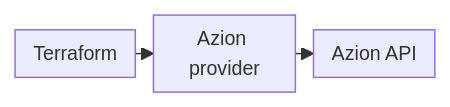
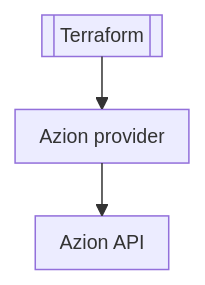
The diagram in apps/docs/src/content/docs/en/pages/devtools/terraform/terraform.mdx (aziontech/docs), drawn with Mermaid before and after one commit. The commit also changed 179 other files, not shown here.

Commit message:
docs(diagrams): redraw every other diagram in the use-case diagram style (#2513)

````diff
--- a/apps/docs/src/content/docs/en/pages/devtools/terraform/terraform.mdx
+++ b/apps/docs/src/content/docs/en/pages/devtools/terraform/terraform.mdx
@@ -64,6 +64,6 @@
 ```mermaid
-%%{init: {"layout": "dagre", "themeVariables": {"fontSize": "13px"}, "flowchart": {"nodeSpacing": 12, "rankSpacing": 12, "padding": 6, "wrappingWidth": 70, "minNodeWidth": 40, "useMaxWidth": true}}}%%
-flowchart LR
-  Tf["Terraform"] --> Prov["Azion provider"]
+%%{init: {"layout": "elk", "themeVariables": {"fontSize": "13px"}, "flowchart": {"nodeSpacing": 24, "rankSpacing": 36, "padding": 8, "wrappingWidth": 150, "useMaxWidth": true}, "sequence": {"width": 120, "actorMargin": 30, "useMaxWidth": true}}}%%
+flowchart TD
+  Tf[["Terraform"]] --> Prov["Azion provider"]
   Prov --> Api["Azion API"]
 ```
````
